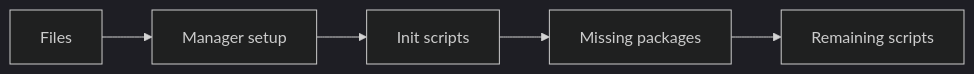
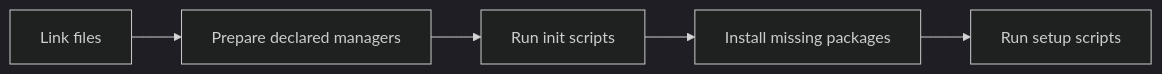
Before and after one commit to mohdfareed/machine: the diagram in app/README.md, drawn with Mermaid (dark theme). The commit also changed other lines of this file and 22 other files, not shown here.

````diff
--- a/app/README.md
+++ b/app/README.md
@@ -70,7 +9,7 @@
 ```mermaid
 flowchart LR
-    Files[Files] --> Managers[Manager setup]
-    Managers --> Init[Init scripts]
-    Init --> Packages[Missing packages]
-    Packages --> Scripts[Remaining scripts]
+    Files[Link files] --> Managers[Prepare declared managers]
+    Managers --> Init[Run init scripts]
+    Init --> Packages[Install missing packages]
+    Packages --> Scripts[Run setup scripts]
 ```
````
